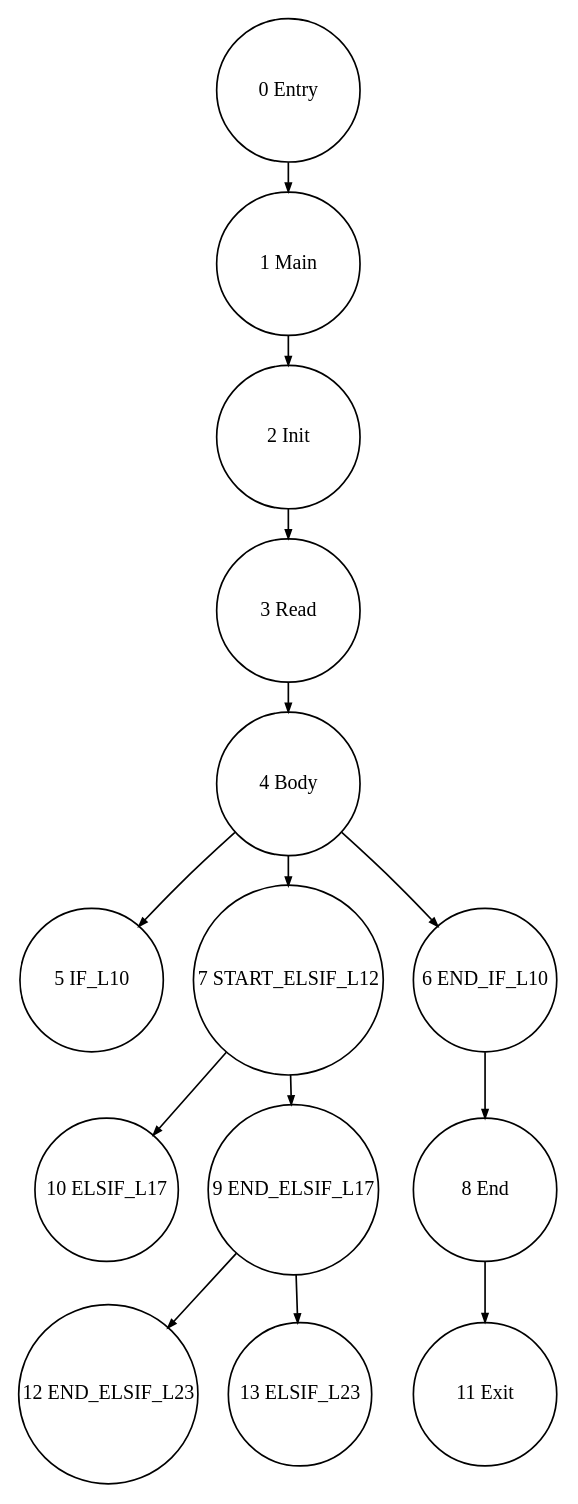
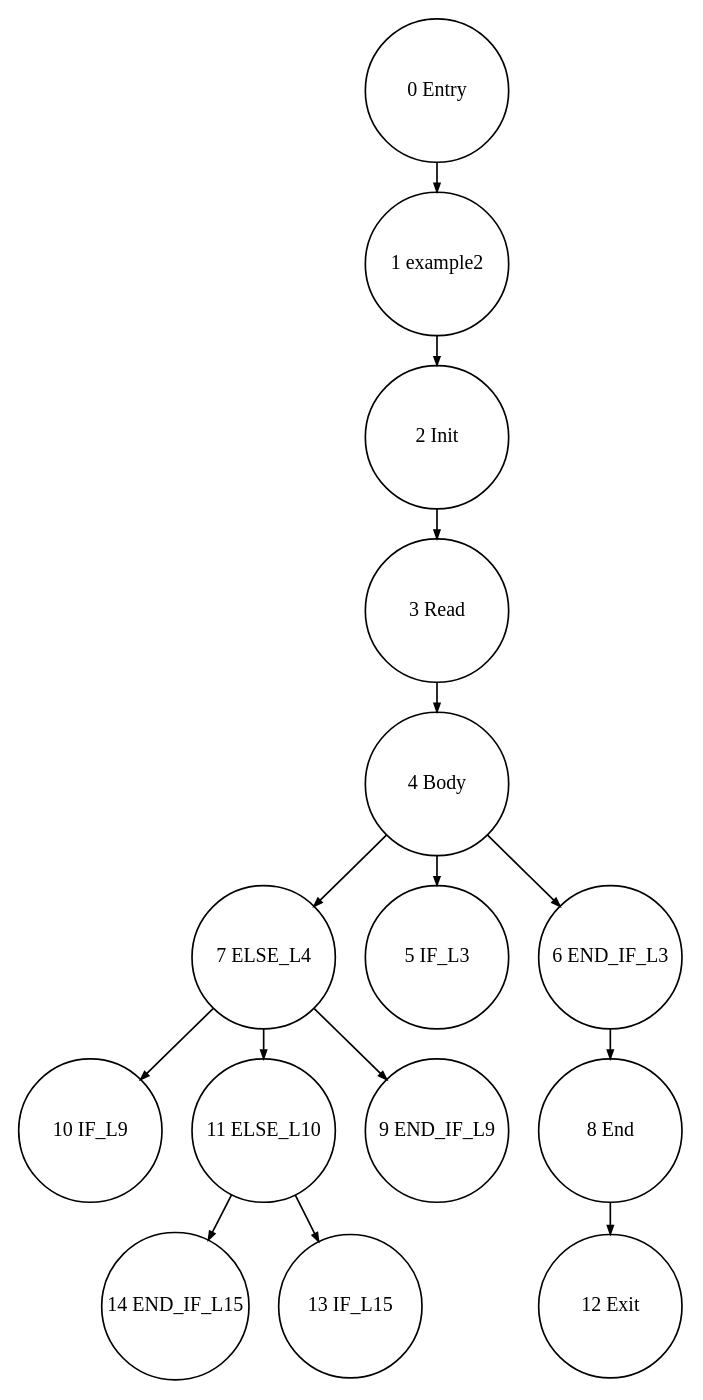
The diagram in tests_programs/paper1_tests/example2_output/Graph_example2_DomTree_0.dot (Geoffrey1014/ST_DSE), drawn with Graphviz before and after one commit. The commit also changed 117 other files, not shown here.

```diff
--- a/tests_programs/paper1_tests/example2_output/Graph_example2_DomTree_0.dot
+++ b/tests_programs/paper1_tests/example2_output/Graph_example2_DomTree_0.dot
@@ -1,20 +1,21 @@
 digraph G {
   ranksep=.25;
   edge [arrowsize=.5]
   node [shape=circle, fontname="ArialNarrow",
         fontsize=12,  height=1.2];
-  "10 ELSIF_L17"; "0 Entry"; "2 Init"; "5 IF_L10"; "1 Main"; "11 Exit"; "12 END_ELSIF_L23"; "4 Body"; "3 Read"; "7 START_ELSIF_L12"; "8 End"; "6 END_IF_L10"; "13 ELSIF_L23"; "9 END_ELSIF_L17"; 
-  "9 END_ELSIF_L17" -> "12 END_ELSIF_L23";
-  "9 END_ELSIF_L17" -> "13 ELSIF_L23";
+  "0 Entry"; "2 Init"; "10 IF_L9"; "11 ELSE_L10"; "1 example2"; "7 ELSE_L4"; "4 Body"; "14 END_IF_L15"; "3 Read"; "5 IF_L3"; "9 END_IF_L9"; "8 End"; "6 END_IF_L3"; "13 IF_L15"; "12 Exit"; 
+  "11 ELSE_L10" -> "13 IF_L15";
+  "11 ELSE_L10" -> "14 END_IF_L15";
   "3 Read" -> "4 Body";
-  "6 END_IF_L10" -> "8 End";
+  "6 END_IF_L3" -> "8 End";
   "2 Init" -> "3 Read";
-  "0 Entry" -> "1 Main";
-  "7 START_ELSIF_L12" -> "9 END_ELSIF_L17";
-  "7 START_ELSIF_L12" -> "10 ELSIF_L17";
-  "8 End" -> "11 Exit";
-  "1 Main" -> "2 Init";
-  "4 Body" -> "5 IF_L10";
-  "4 Body" -> "6 END_IF_L10";
-  "4 Body" -> "7 START_ELSIF_L12";
+  "0 Entry" -> "1 example2";
+  "1 example2" -> "2 Init";
+  "8 End" -> "12 Exit";
+  "4 Body" -> "5 IF_L3";
+  "4 Body" -> "6 END_IF_L3";
+  "4 Body" -> "7 ELSE_L4";
+  "7 ELSE_L4" -> "9 END_IF_L9";
+  "7 ELSE_L4" -> "10 IF_L9";
+  "7 ELSE_L4" -> "11 ELSE_L10";
 }
```
